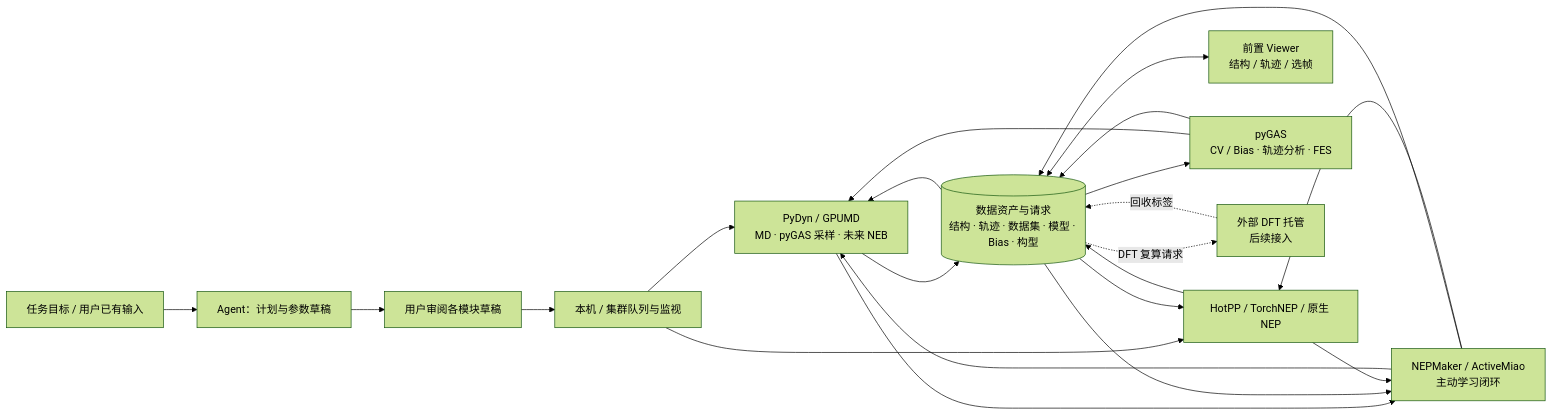
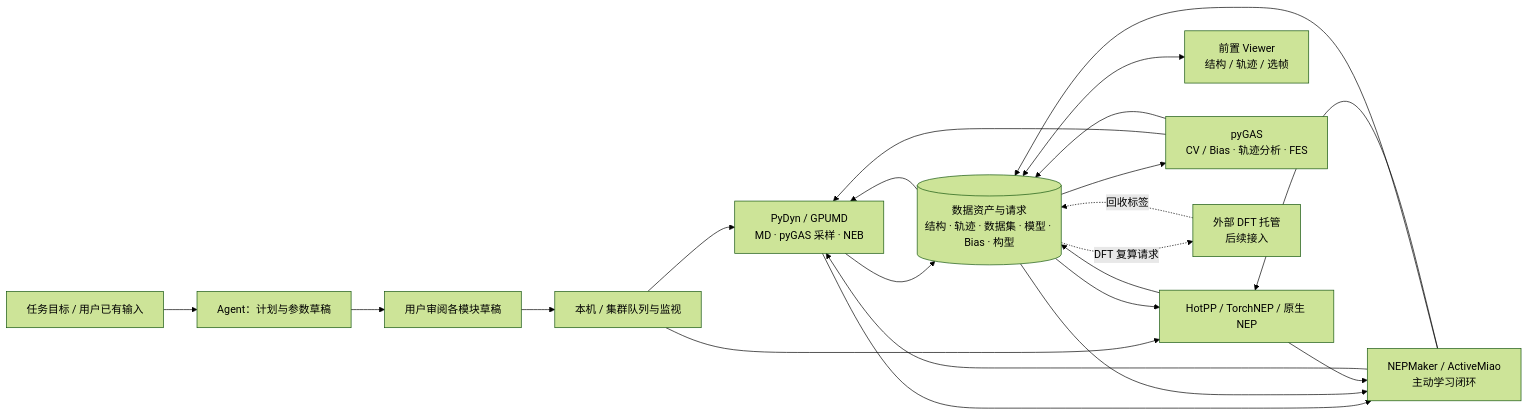
The first of 2 diagrams in docs/architecture-workflows.md (tensor4627/AIMatterLab), drawn with Mermaid (forest theme) before and after one commit. The commit also changed other lines of this file and 29 other files, not shown here.

```diff
--- a/docs/architecture-workflows.md
+++ b/docs/architecture-workflows.md
@@ -19,24 +19,24 @@
 ~~~mermaid
 flowchart LR
     User["任务目标 / 用户已有输入"] --> Agent["Agent：计划与参数草稿"]
     Agent --> Review["用户审阅各模块草稿"]
     Review --> Queue["本机 / 集群队列与监视"]
-    Queue --> MD["PyDyn / GPUMD\nMD · pyGAS 采样 · 未来 NEB"]
+    Queue --> MD["PyDyn / GPUMD\nMD · pyGAS 采样 · NEB"]
     Queue --> Trainers["HotPP / TorchNEP / 原生 NEP"]
     Assets[("数据资产与请求\n结构 · 轨迹 · 数据集 · 模型 · Bias · 构型")] --> MD
     Assets --> Trainers
     MD --> Assets
     Trainers --> Assets
     Assets <--> Viewer["前置 Viewer\n结构 / 轨迹 / 选帧"]
     Assets --> GAS["pyGAS\nCV / Bias · 轨迹分析 · FES"]
     GAS --> MD
     GAS --> Assets
     AL["NEPMaker / ActiveMiao\n主动学习闭环"] --> MD
     MD --> AL
     AL --> Assets
     Assets -. "DFT 复算请求" .-> DFT["外部 DFT 托管\n后续接入"]
     DFT -. "回收标签" .-> Assets
     Assets --> AL
     AL --> Trainers
     Trainers --> AL
 ~~~
```
